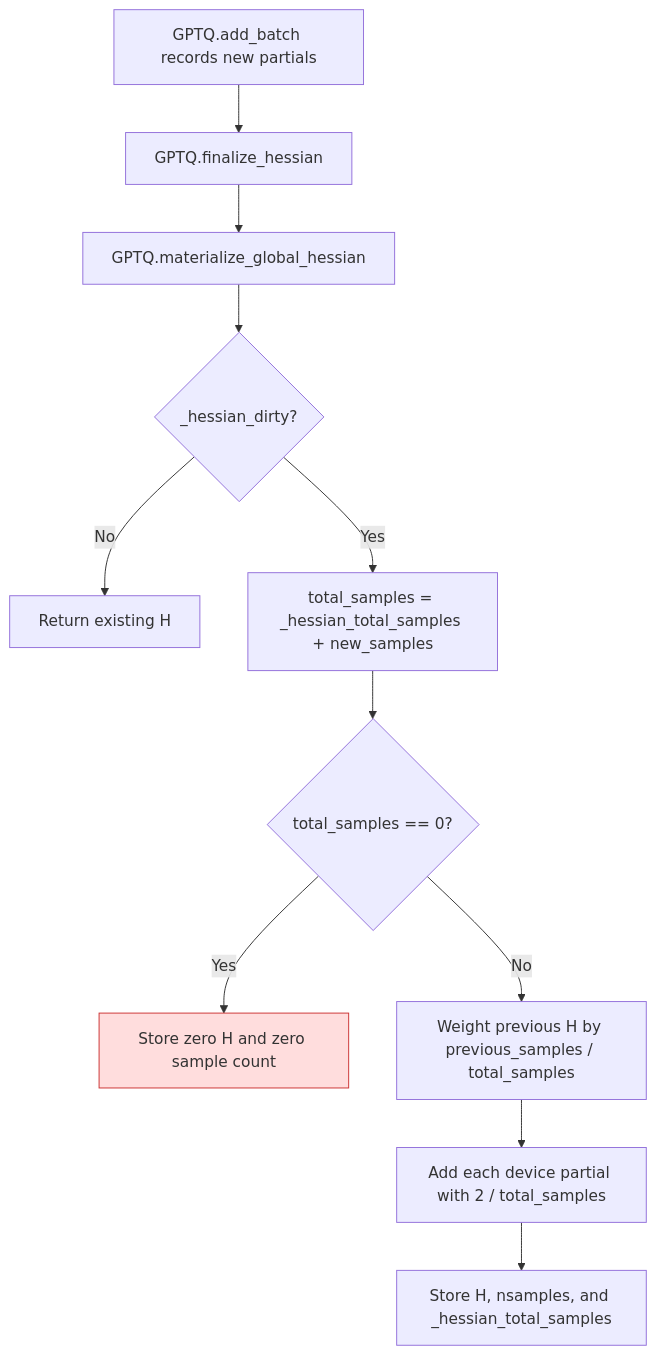
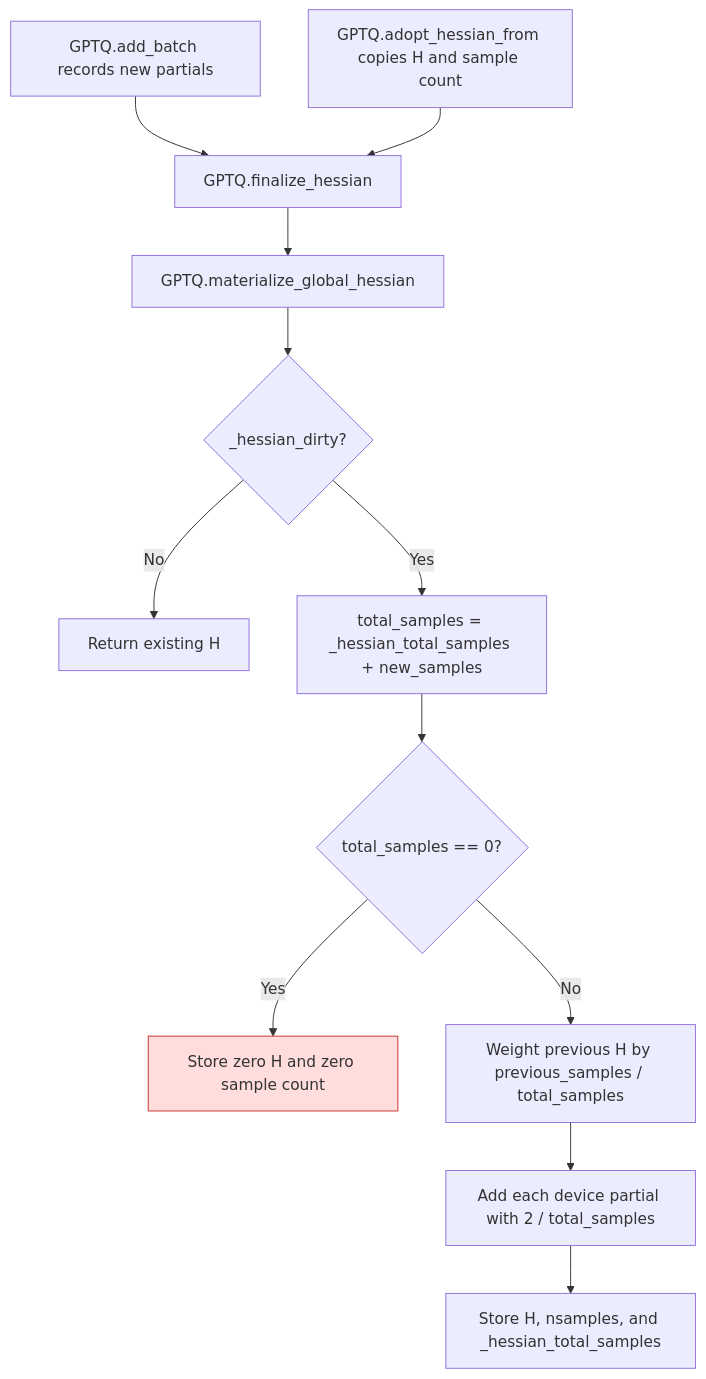
Before and after one commit to ModelCloud/GPTQModel: the diagram in docs/gptq-hessian-accumulation.md, drawn with Mermaid. The commit also changed other lines of this file and 2 other files, not shown here.

Commit message:
fix(gptq): retain sample count when adopting Hessian

````diff
--- a/docs/gptq-hessian-accumulation.md
+++ b/docs/gptq-hessian-accumulation.md
@@ -11,15 +12,16 @@
 ```mermaid
 flowchart TD
     A["GPTQ.add_batch records new partials"] --> B["GPTQ.finalize_hessian"]
+    AA["GPTQ.adopt_hessian_from copies H and sample count"] --> B
     B --> C["GPTQ.materialize_global_hessian"]
     C --> D{"_hessian_dirty?"}
     D -- No --> E["Return existing H"]
     D -- Yes --> F["total_samples = _hessian_total_samples + new_samples"]
     F --> G{"total_samples == 0?"}
     G -- Yes --> Z["Store zero H and zero sample count"]
     G -- No --> H["Weight previous H by previous_samples / total_samples"]
     H --> I["Add each device partial with 2 / total_samples"]
     I --> J["Store H, nsamples, and _hessian_total_samples"]
     classDef empty fill:#fdd,stroke:#c33
     class Z empty
 ```
````
